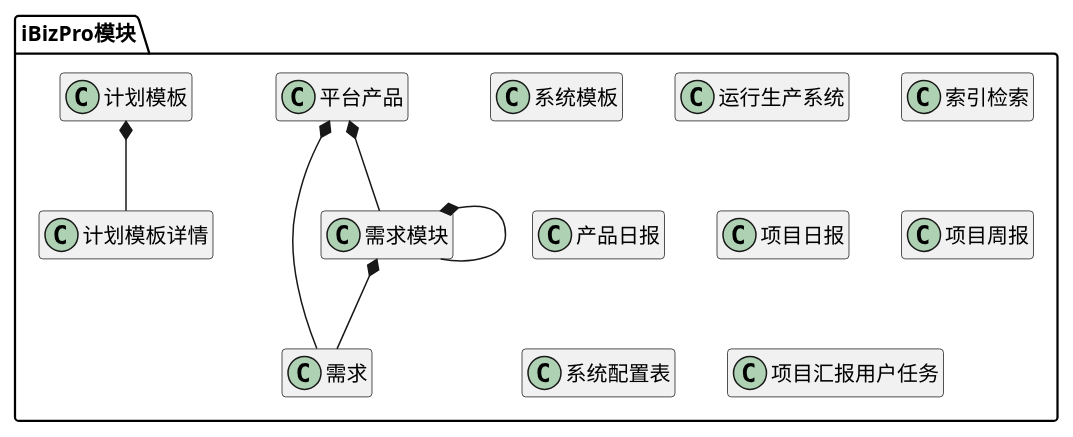
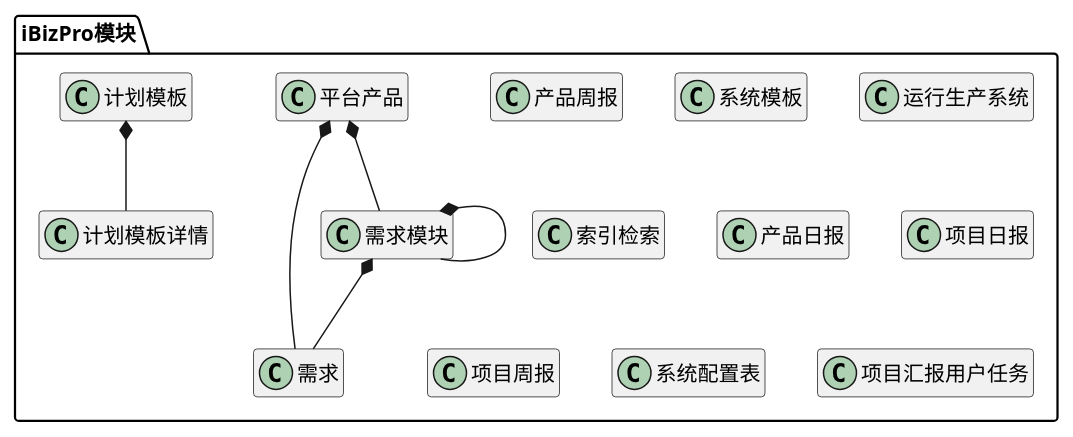
The diagram in ibizpms-docs/src/main/doc/v1/module/ibizpro.md (zj335841911/nt_chandao), drawn with PlantUML before and after one commit. The commit also changed other lines of this file and 294 other files, not shown here.

```diff
--- a/ibizpms-docs/src/main/doc/v1/module/ibizpro.md
+++ b/ibizpms-docs/src/main/doc/v1/module/ibizpro.md
@@ -6,65 +6,68 @@
 {% plantuml %}
 
 package iBizPro模块 {
+
+class 产品周报 {
+}
 
 class 平台产品 {
 }
 
 class 需求 {
 }
 
 class 需求模块 {
 }
 
 class 系统模板 {
 }
 
 class 运行生产系统 {
 }
 
 class 索引检索 {
 }
 
 class 产品日报 {
 }
 
 class 项目日报 {
 }
 
 class 项目周报 {
 }
 
 class 计划模板 {
 }
 
 class 计划模板详情 {
 }
 
 class 系统配置表 {
 }
 
 class 项目汇报用户任务 {
 }
 
 
 平台产品 *-- 需求模块 
 
 
 需求模块 *-- 需求模块 
 
 
 平台产品 *-- 需求 
 
 
 需求模块 *-- 需求 
 
 
 计划模板 *-- 计划模板详情 
 
 
 
 }
 
 hide members
 
 {% endplantuml %}
```
